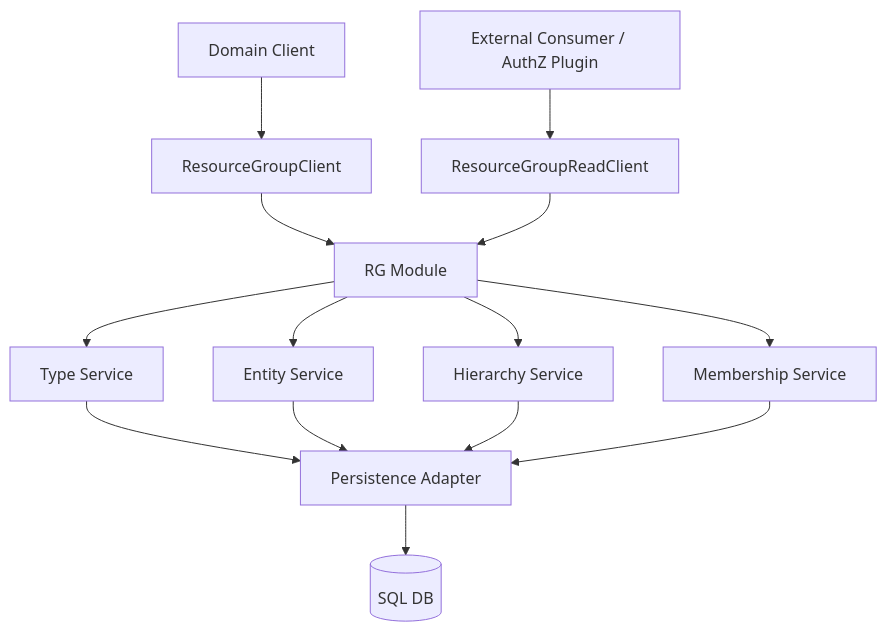
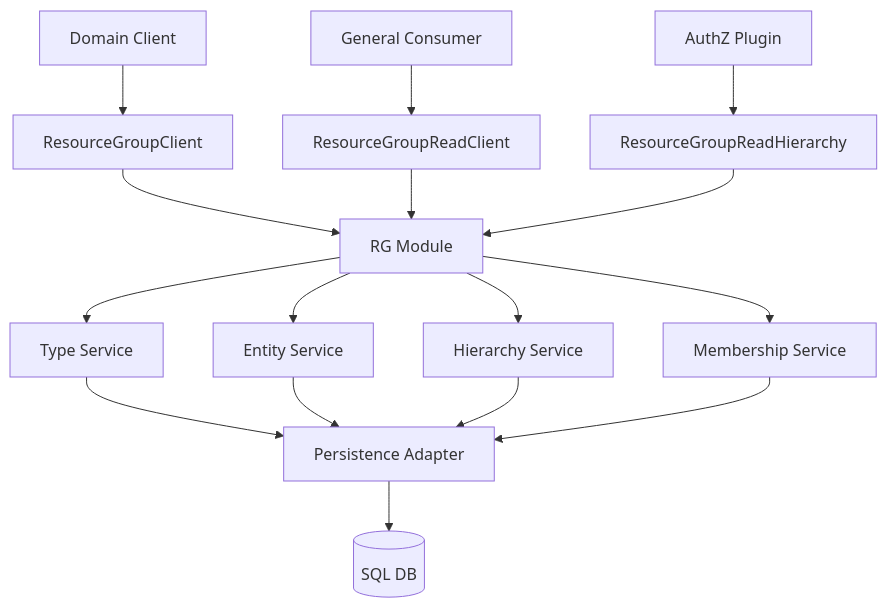
The first of 8 diagrams in modules/system/resource-group/docs/DESIGN.md (ffedoroff/cyberfabric-core), drawn with Mermaid before and after one commit. The commit also changed other lines of this file and 1 other file, not shown here.

````diff
--- a/modules/system/resource-group/docs/DESIGN.md
+++ b/modules/system/resource-group/docs/DESIGN.md
@@ -185,16 +185,18 @@
 ```mermaid
 graph TD
     A[Domain Client] --> B[ResourceGroupClient]
-    X[External Consumer / AuthZ Plugin] --> C[ResourceGroupReadClient]
+    Y[General Consumer] --> C[ResourceGroupReadClient]
+    X[AuthZ Plugin] --> Z[ResourceGroupReadHierarchy]
     B --> D[RG Module]
     C --> D
+    Z --> D
     D --> E[Type Service]
     D --> F[Entity Service]
     D --> G[Hierarchy Service]
     D --> H[Membership Service]
     E --> I[Persistence Adapter]
     F --> I
     G --> I
     H --> I
     I --> J[(SQL DB)]
 ```
````
